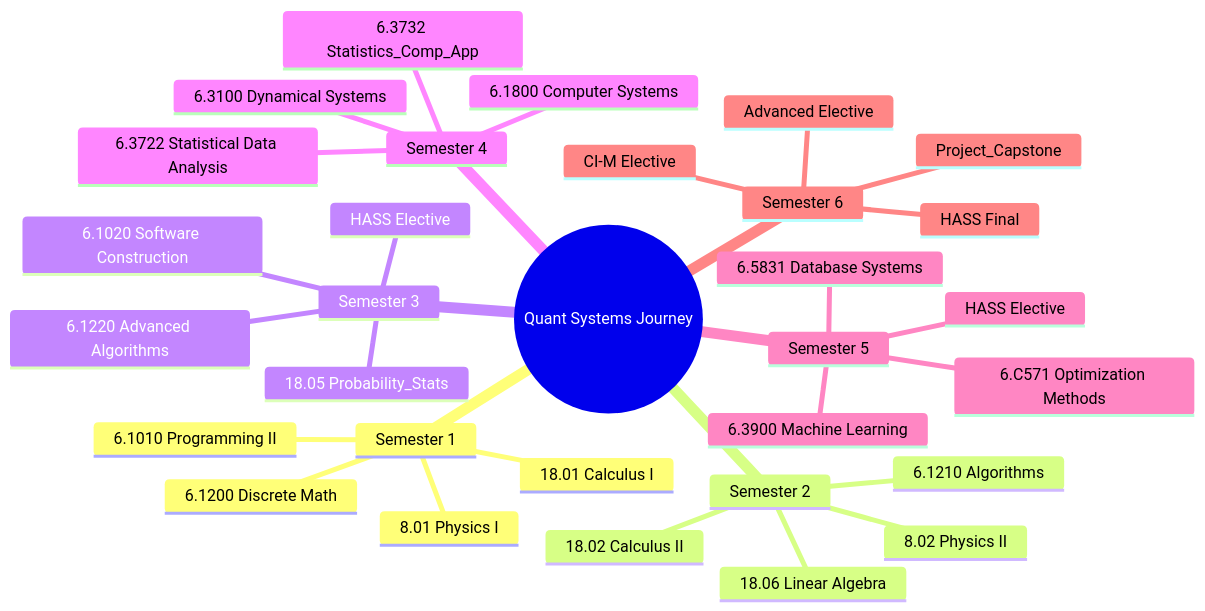
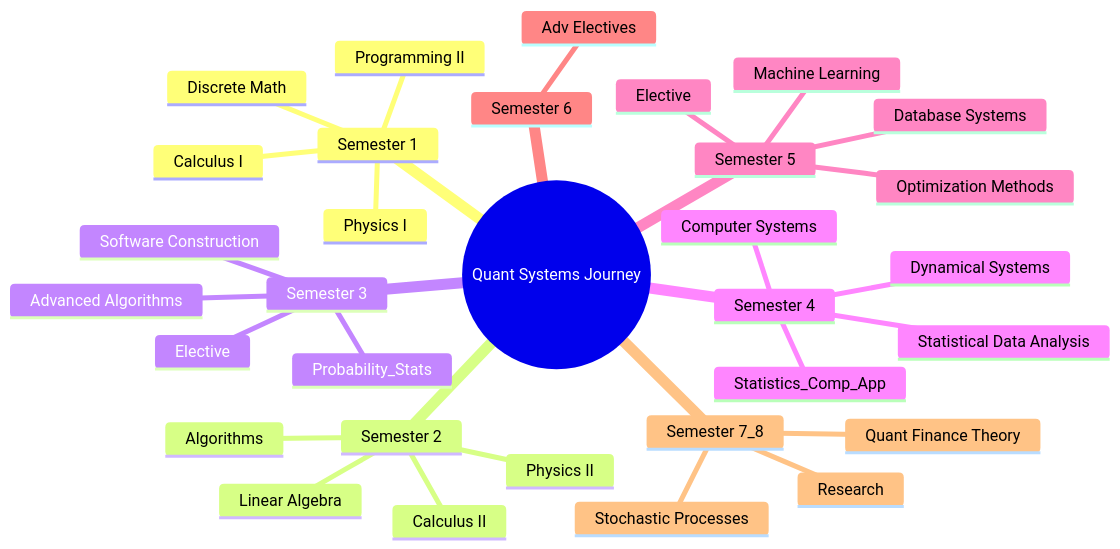
Before and after one commit to arindam-codes/arindam-codes: the first of 2 diagrams in README.md, drawn with Mermaid.

````diff
--- a/README.md
+++ b/README.md
@@ -28,41 +28,42 @@
 ```mermaid
 mindmap
   root((Quant Systems Journey))
     
     Semester 1
-      18.01 Calculus I
-      6.1010 Programming II
-      6.1200 Discrete Math
-      8.01 Physics I
+      Calculus I
+      Programming II
+      Discrete Math
+      Physics I
     
     Semester 2
-      18.02 Calculus II
-      8.02 Physics II
-      18.06 Linear Algebra
-      6.1210 Algorithms
+      Calculus II
+      Physics II
+      Linear Algebra
+      Algorithms
     
     Semester 3
-      18.05 Probability_Stats
-      6.1020 Software Construction
-      6.1220 Advanced Algorithms
-      HASS Elective
+      Probability_Stats
+      Software Construction
+      Advanced Algorithms
+      Elective
     
     Semester 4
-      6.1800 Computer Systems
-      6.3722 Statistical Data Analysis
-      6.3100 Dynamical Systems
-      6.3732 Statistics_Comp_App
+      Computer Systems
+      Statistical Data Analysis
+      Dynamical Systems
+      Statistics_Comp_App
     
     Semester 5
-      6.3900 Machine Learning
-      6.5831 Database Systems
-      6.C571 Optimization Methods
-      HASS Elective
+      Machine Learning
+      Database Systems
+      Optimization Methods
+      Elective
     
     Semester 6
-      CI-M Elective
-      Advanced Elective
-      Project_Capstone
-      HASS Final
+      Adv Electives
 
+    Semester 7_8
+      Stochastic Processes
+      Quant Finance Theory
+      Research
 ```
````
